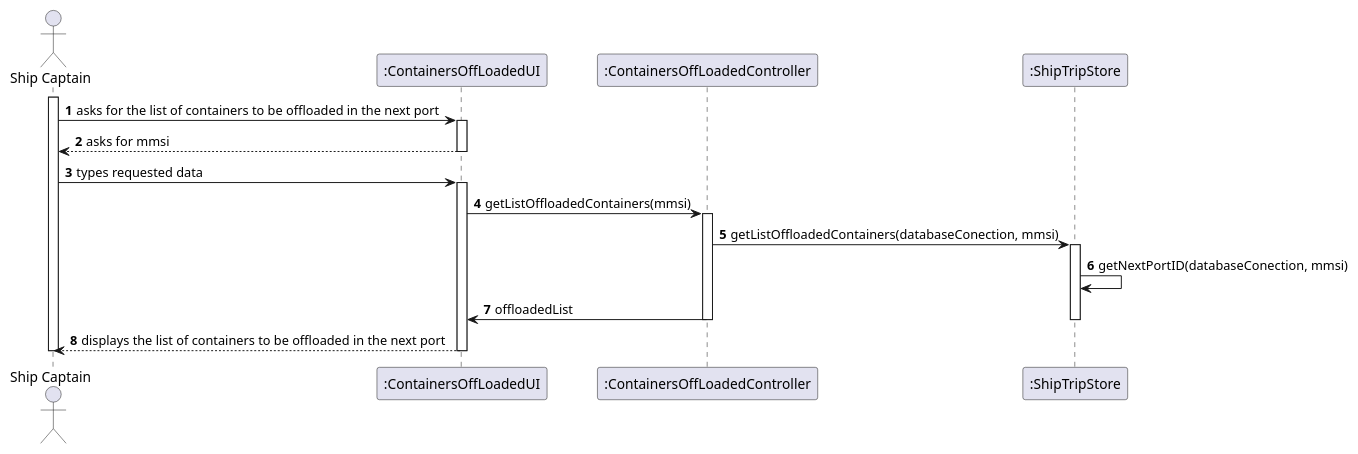
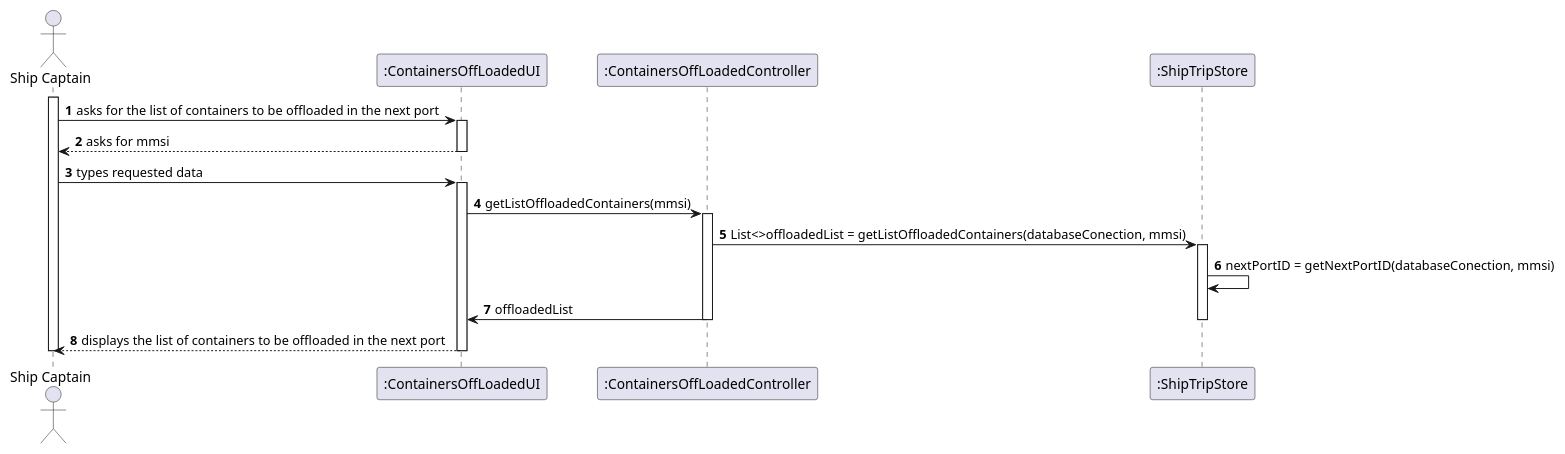
Before and after one commit to ana-albergaria/LAPR3-ISEP: the diagram in docs/US205/US205_SD.puml, drawn with PlantUML. The commit also changed 1 other file, not shown here.

```diff
--- a/docs/US205/US205_SD.puml
+++ b/docs/US205/US205_SD.puml
@@ -1,30 +1,30 @@
 @startuml
 autonumber
 'hide footbox
 actor "Ship Captain" as SC
 participant ":ContainersOffLoadedUI" as UI
 participant ":ContainersOffLoadedController" as CTRL
 participant ":ShipTripStore" as SBST
 
 activate SC
 SC -> UI :asks for the list of containers to be offloaded in the next port
 activate UI
 UI --> SC : asks for mmsi
 deactivate UI
 SC -> UI : types requested data
 activate UI
 
 UI -> CTRL : getListOffloadedContainers(mmsi)
 activate CTRL
-CTRL -> SBST : getListOffloadedContainers(databaseConection, mmsi)
+CTRL -> SBST : List<>offloadedList = getListOffloadedContainers(databaseConection, mmsi)
 
 activate SBST
-SBST -> SBST : getNextPortID(databaseConection, mmsi)
+SBST -> SBST : nextPortID = getNextPortID(databaseConection, mmsi)
 CTRL -> UI : offloadedList
 deactivate SBST
 deactivate CTRL
 UI --> SC : displays the list of containers to be offloaded in the next port
 deactivate UI
 deactivate SC
 
 @enduml
```
